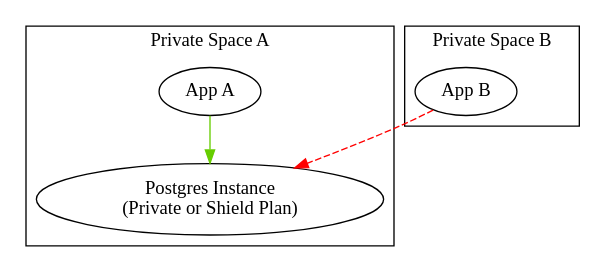
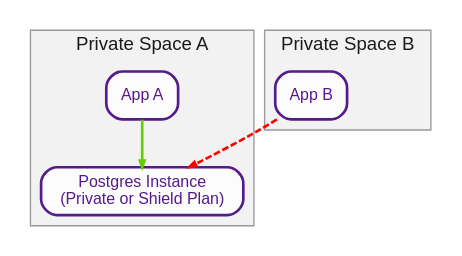
Before and after one commit to caseywatts/graphviz-tutorial: the diagram in example.dot, drawn with Graphviz. The commit also changed 1 other file, not shown here.

Commit message:
you can make styles apply to all nodes or edges (connections), or the graph generally. This is using some standard Heroku styles

```diff
--- a/example.dot
+++ b/example.dot
@@ -1,13 +1,19 @@
 digraph G {
+    ///// start Heroku styles
+    graph [fontname="helvetica",fontsize=14,splines=true,pad=0.1,compound=true,color="grey60",fontcolor="grey10",fillcolor=grey95,style="filled"];
+    node [fontname="helvetica",fontsize=12,color=purple4,shape=box,style="rounded, filled",fontcolor=purple4,fillcolor=grey99,penwidth=2];
+    edge [fontname="helvetica",color=grey35,fontcolor=black,arrowhead="normal",penwidth=2,arrowsize=0.5];
+    ///// end Heroku styles
+
     subgraph cluster1 {
       label="Private Space A"
       "App A"
       "Postgres Instance\n(Private or Shield Plan)"
     }
     subgraph cluster2 {
       label="Private Space B"
       "App B"
     }
     "App A" -> "Postgres Instance\n(Private or Shield Plan)" [color=chartreuse3]
     "App B" -> "Postgres Instance\n(Private or Shield Plan)" [color=red, style=dashed]
 }
```
